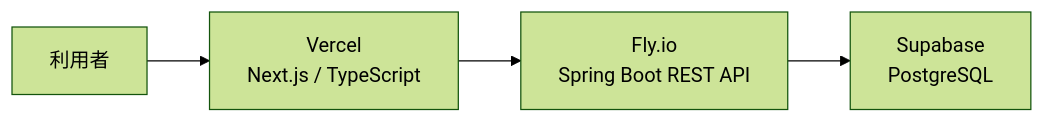
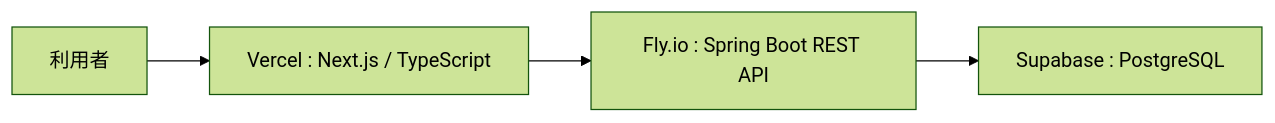
One commit to katodaiya-1030/errorhub changed the diagram in README.md. Above: the diagram before and after it, drawn with Mermaid (forest theme).

Commit message:
Fix architecture diagram labels

````diff
--- a/README.md
+++ b/README.md
@@ -52,6 +52,6 @@
 ```mermaid
 flowchart LR
-  U["利用者"] --> F["Vercel<br/>Next.js / TypeScript"]
-  F --> B["Fly.io<br/>Spring Boot REST API"]
-  B --> D["Supabase<br/>PostgreSQL"]
+  U["利用者"] --> F["Vercel : Next.js / TypeScript"]
+  F --> B["Fly.io : Spring Boot REST API"]
+  B --> D["Supabase : PostgreSQL"]
 ```
````
